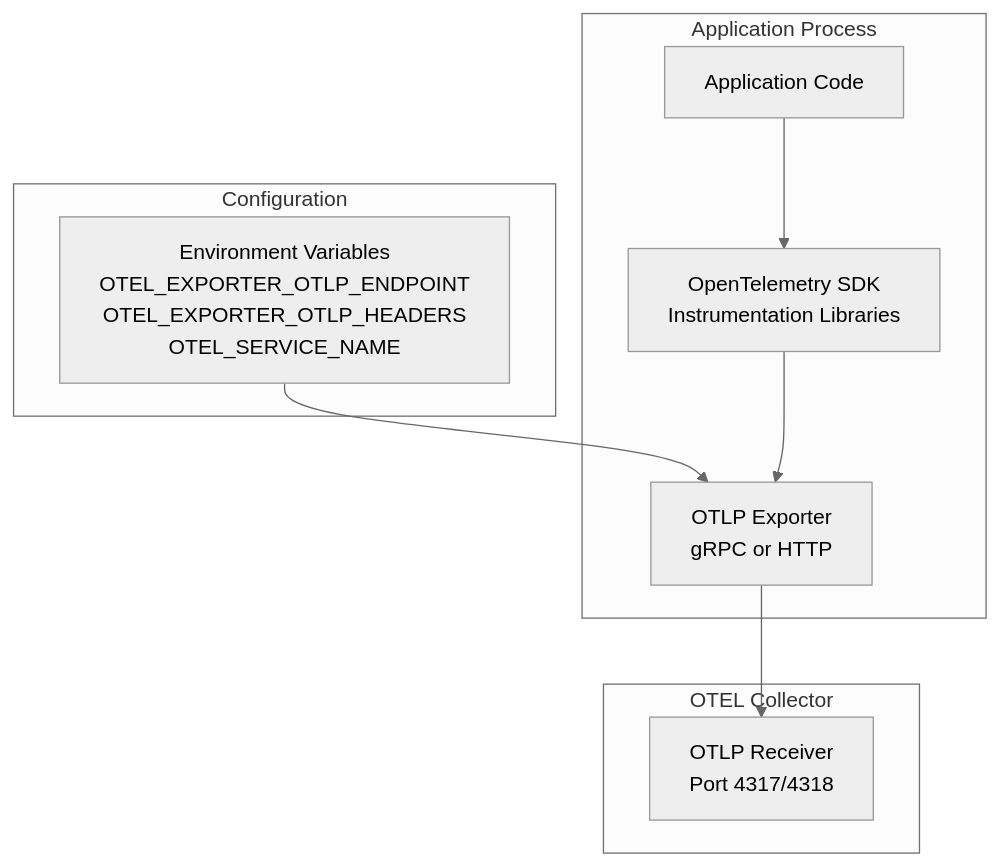
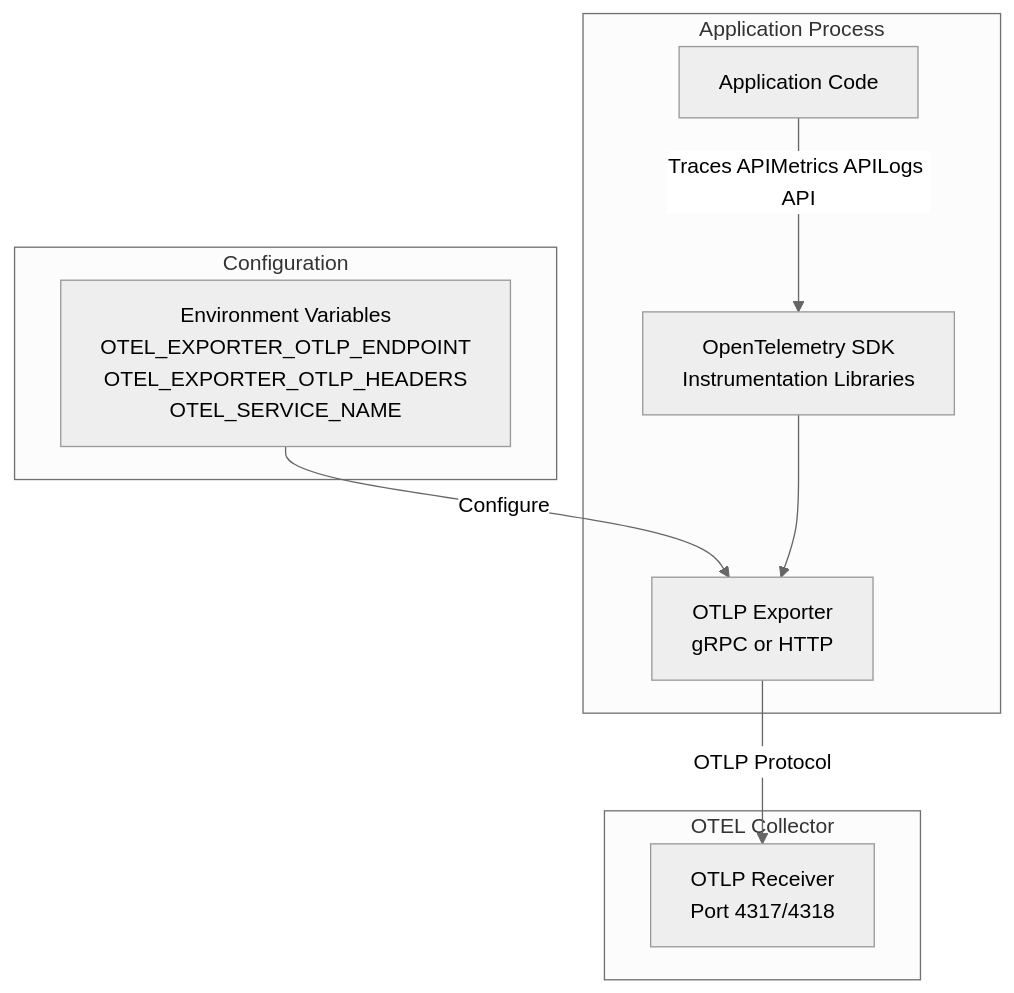
Before and after one commit to openchoreo/openchoreo: the fourth of 5 diagrams in docs/hyperdxio-helm-charts-docs/Integrating-Applications.md, drawn with Mermaid (neutral theme). The commit also changed other lines of this file and 85 other files, not shown here.

Commit message:
feat: Add new workflow and specification templates, update Helm chart dependencies, and clarify documentation diagrams.

````diff
--- a/docs/hyperdxio-helm-charts-docs/Integrating-Applications.md
+++ b/docs/hyperdxio-helm-charts-docs/Integrating-Applications.md
@@ -247,28 +247,28 @@
 ```mermaid
 flowchart TD
 
 AppCode["Application Code"]
 OTELLibs["OpenTelemetry SDK<br>Instrumentation Libraries"]
 Exporter["OTLP Exporter<br>gRPC or HTTP"]
 EnvVars["Environment Variables<br>OTEL_EXPORTER_OTLP_ENDPOINT<br>OTEL_EXPORTER_OTLP_HEADERS<br>OTEL_SERVICE_NAME"]
 Receiver["OTLP Receiver<br>Port 4317/4318"]
 
-EnvVars --> Exporter
-Exporter --> Receiver
+EnvVars -->|"Configure"| Exporter
+Exporter -->|"OTLP Protocol"| Receiver
 
 subgraph subGraph2 ["OTEL Collector"]
     Receiver
 end
 
 subgraph Configuration ["Configuration"]
     EnvVars
 end
 
 subgraph subGraph0 ["Application Process"]
     AppCode
     OTELLibs
     Exporter
-    AppCode --> OTELLibs
+    AppCode -->|"Traces APIMetrics APILogs API"| OTELLibs
     OTELLibs --> Exporter
 end
 ```
````
